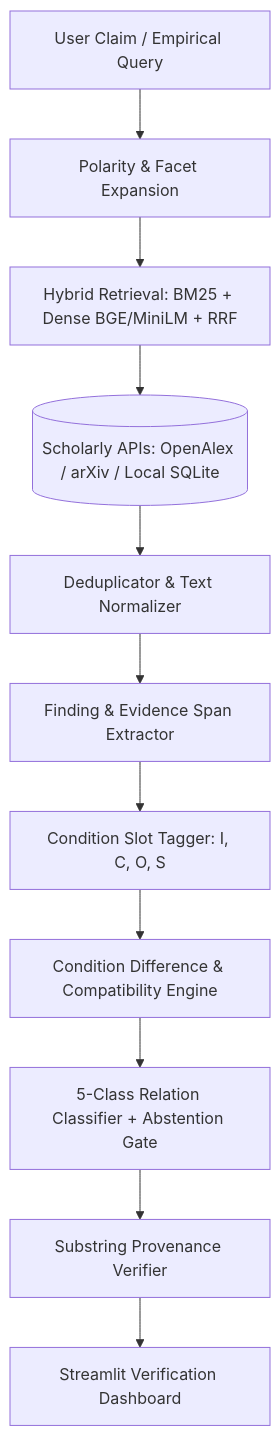
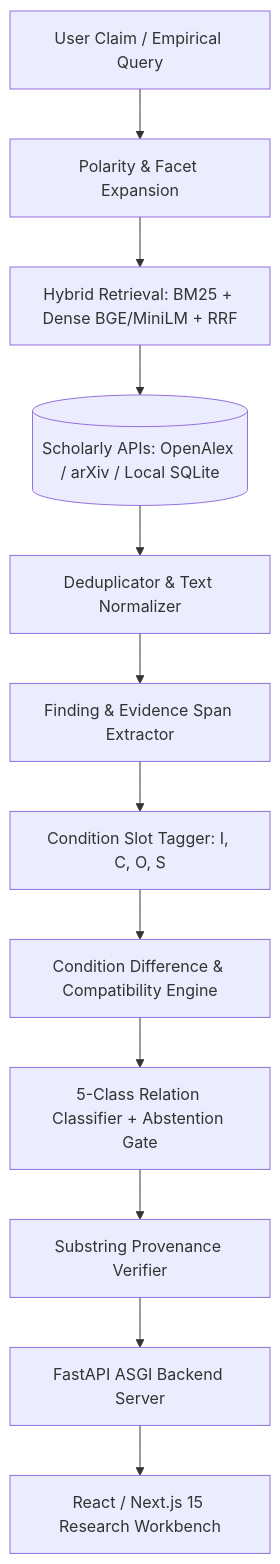
The diagram in README.md (tanishqkr/research-lens), drawn with Mermaid before and after one commit. The commit also changed other lines of this file, not shown here.

Commit message:
docs: feature React / Next.js research workbench prominently in README

````diff
--- a/README.md
+++ b/README.md
@@ -23,13 +23,14 @@
 ```mermaid
 flowchart TD
     Q["User Claim / Empirical Query"] --> PE["Polarity & Facet Expansion"]
     PE --> Ret["Hybrid Retrieval: BM25 + Dense BGE/MiniLM + RRF"]
     Ret --> Lit[("Scholarly APIs: OpenAlex / arXiv / Local SQLite")]
     Lit --> Dedup["Deduplicator & Text Normalizer"]
     Dedup --> Ext["Finding & Evidence Span Extractor"]
     Ext --> Slot["Condition Slot Tagger: I, C, O, S"]
     Slot --> Diff["Condition Difference & Compatibility Engine"]
     Diff --> Clf["5-Class Relation Classifier + Abstention Gate"]
     Clf --> Prov["Substring Provenance Verifier"]
-    Prov --> UI["Streamlit Verification Dashboard"]
+    Prov --> API["FastAPI ASGI Backend Server"]
+    API --> UI["React / Next.js 15 Research Workbench"]
 ```
````
